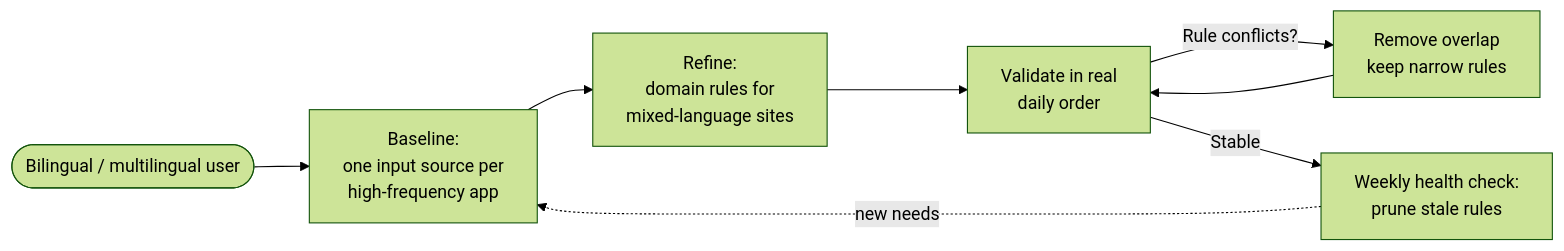
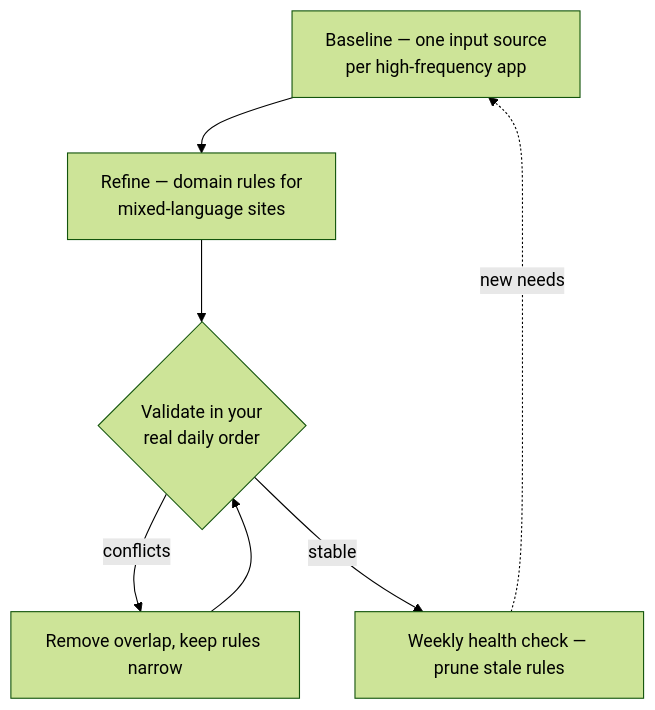
Before and after one commit to xiaopozhu/linguax-web: the diagram in docs/input-source/multilingual-workflow.md, drawn with Mermaid (forest theme). The commit also changed 18 other files, not shown here.

First line of the commit message:
docs(polish): fix cramped LR diagrams, redesign model SVGs, full recognition table, navbar links

````diff
--- a/docs/input-source/multilingual-workflow.md
+++ b/docs/input-source/multilingual-workflow.md
@@ -20,10 +20,9 @@
 ```mermaid
-flowchart LR
-    S([Bilingual / multilingual user]) --> A[Baseline:<br/>one input source per<br/>high-frequency app]
-    A --> D[Refine:<br/>domain rules for<br/>mixed-language sites]
-    D --> V[Validate in real<br/>daily order]
-    V -- Rule conflicts? --> R[Remove overlap<br/>keep narrow rules]
+flowchart TD
+    A[Baseline — one input source<br/>per high-frequency app] --> D[Refine — domain rules for<br/>mixed-language sites]
+    D --> V{Validate in your<br/>real daily order}
+    V -- conflicts --> R[Remove overlap, keep rules narrow]
     R --> V
-    V -- Stable --> W[Weekly health check:<br/>prune stale rules]
-    W -.new needs.-> A
+    V -- stable --> W[Weekly health check — prune stale rules]
+    W -. new needs .-> A
 ```
````
